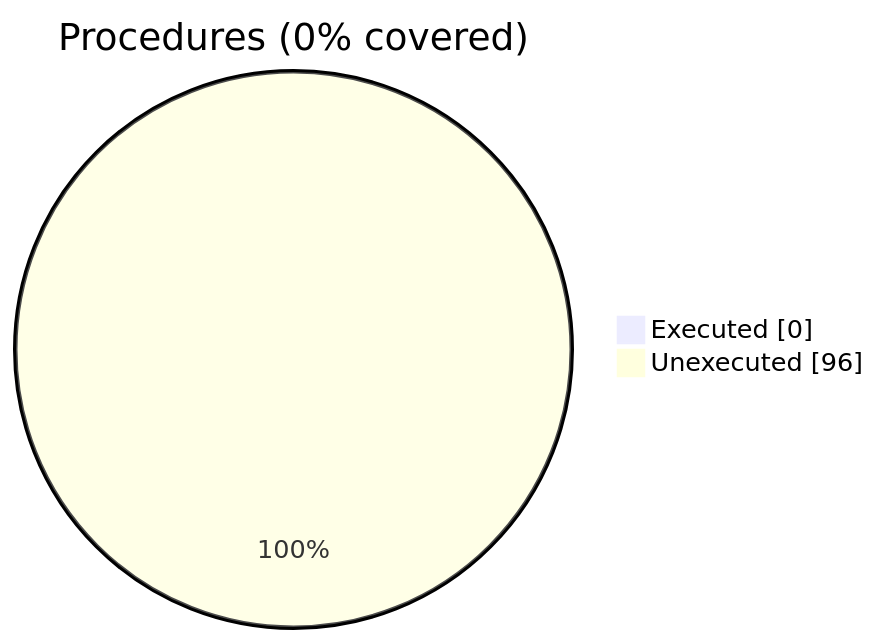
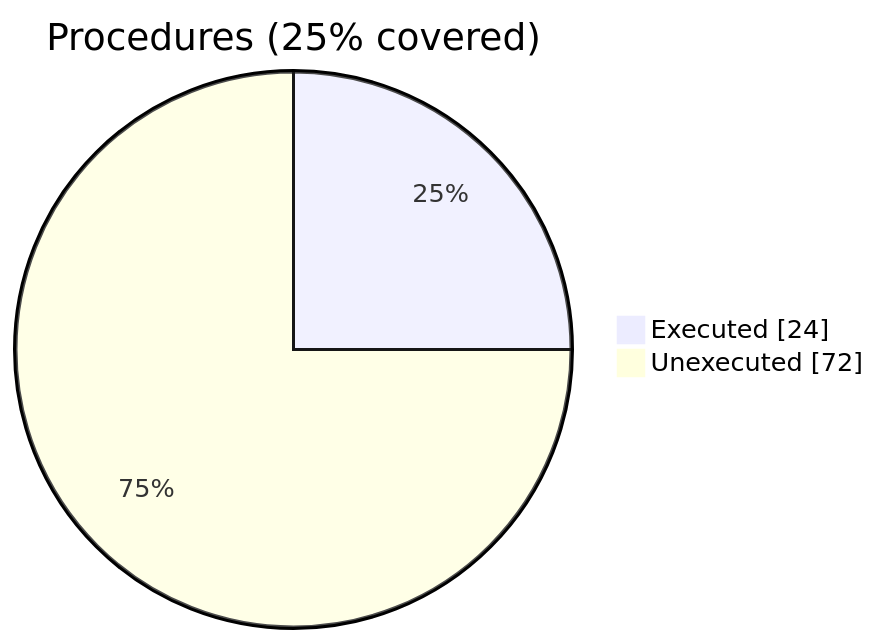
Before and after one commit to szaghi/VTKFortran: the second of 2 diagrams in docs/guide/vtk_fortran_vtk_file_xml_writer_appended.f90.gcov.md, drawn with Mermaid. The commit also changed other lines of this file and 9 other files, not shown here.

````diff
--- a/docs/guide/vtk_fortran_vtk_file_xml_writer_appended.f90.gcov.md
+++ b/docs/guide/vtk_fortran_vtk_file_xml_writer_appended.f90.gcov.md
@@ -24,6 +24,6 @@
 ```mermaid
 pie showData
-    title Procedures (0% covered)
-    "Executed" : 0
-    "Unexecuted" : 96
+    title Procedures (25% covered)
+    "Executed" : 24
+    "Unexecuted" : 72
 ```
````
